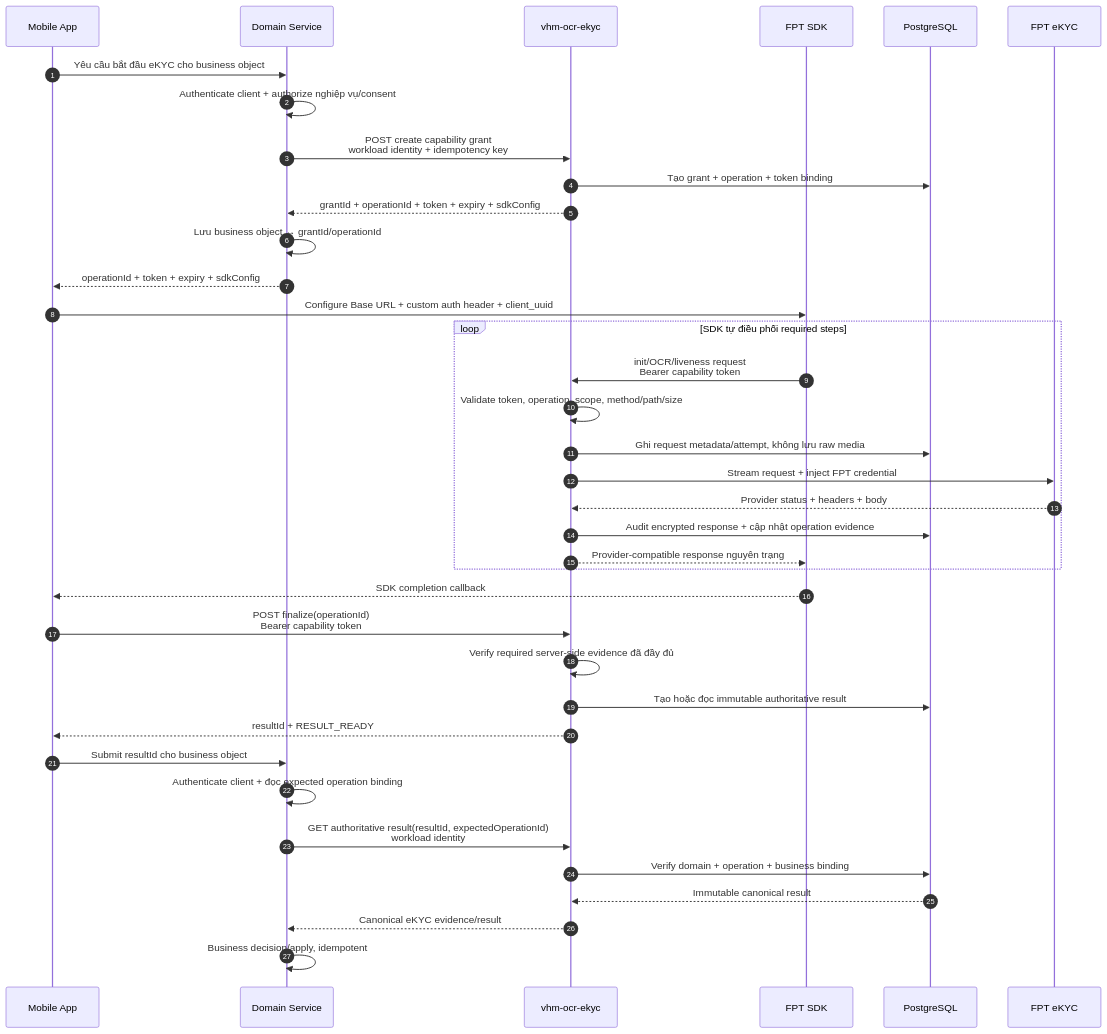
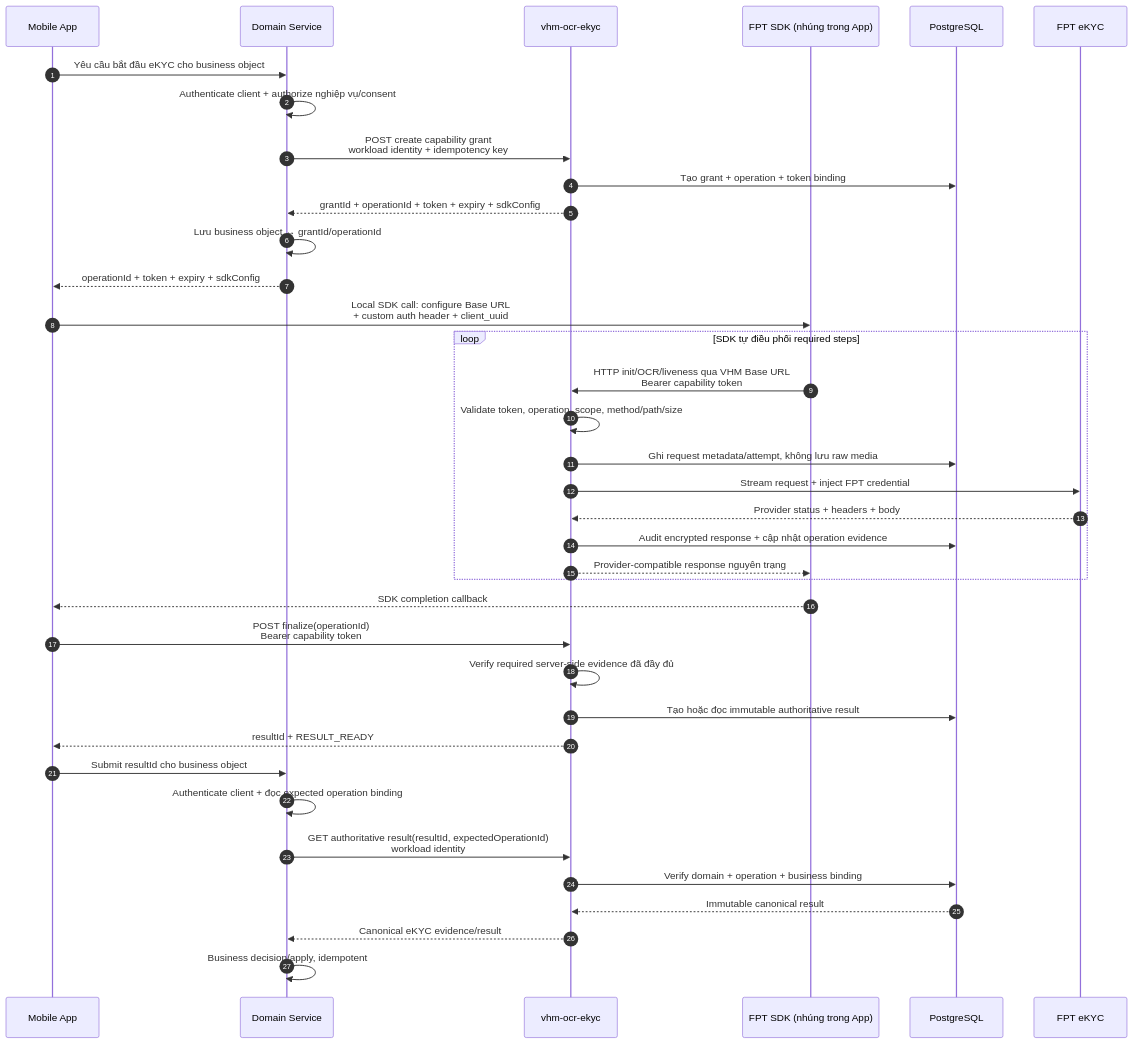
Before and after one commit to huynv-xyz/vhm: the fourth of 6 diagrams in tdd-ocr-ekyc-delegated-client-flow.md, drawn with Mermaid. The commit also changed other lines of this file, not shown here.

````diff
--- a/tdd-ocr-ekyc-delegated-client-flow.md
+++ b/tdd-ocr-ekyc-delegated-client-flow.md
@@ -301,43 +304,43 @@
 ```mermaid
 sequenceDiagram
     autonumber
     participant A as Mobile App
     participant D as Domain Service
     participant O as vhm-ocr-ekyc
-    participant SDK as FPT SDK
+    participant SDK as FPT SDK (nhúng trong App)
     participant DB as PostgreSQL
     participant F as FPT eKYC
 
     A->>D: Yêu cầu bắt đầu eKYC cho business object
     D->>D: Authenticate client + authorize nghiệp vụ/consent
     D->>O: POST create capability grant<br/>workload identity + idempotency key
     O->>DB: Tạo grant + operation + token binding
     O-->>D: grantId + operationId + token + expiry + sdkConfig
     D->>D: Lưu business object ↔ grantId/operationId
     D-->>A: operationId + token + expiry + sdkConfig
-    A->>SDK: Configure Base URL + custom auth header + client_uuid
+    A->>SDK: Local SDK call: configure Base URL<br/>+ custom auth header + client_uuid
 
     loop SDK tự điều phối required steps
-        SDK->>O: init/OCR/liveness request<br/>Bearer capability token
+        SDK->>O: HTTP init/OCR/liveness qua VHM Base URL<br/>Bearer capability token
         O->>O: Validate token, operation, scope, method/path/size
         O->>DB: Ghi request metadata/attempt, không lưu raw media
         O->>F: Stream request + inject FPT credential
         F-->>O: Provider status + headers + body
         O->>DB: Audit encrypted response + cập nhật operation evidence
         O-->>SDK: Provider-compatible response nguyên trạng
     end
 
     SDK-->>A: SDK completion callback
     A->>O: POST finalize(operationId)<br/>Bearer capability token
     O->>O: Verify required server-side evidence đã đầy đủ
     O->>DB: Tạo hoặc đọc immutable authoritative result
     O-->>A: resultId + RESULT_READY
 
     A->>D: Submit resultId cho business object
     D->>D: Authenticate client + đọc expected operation binding
     D->>O: GET authoritative result(resultId, expectedOperationId)<br/>workload identity
     O->>DB: Verify domain + operation + business binding
     DB-->>O: Immutable canonical result
     O-->>D: Canonical eKYC evidence/result
     D->>D: Business decision/apply, idempotent
 ```
````
